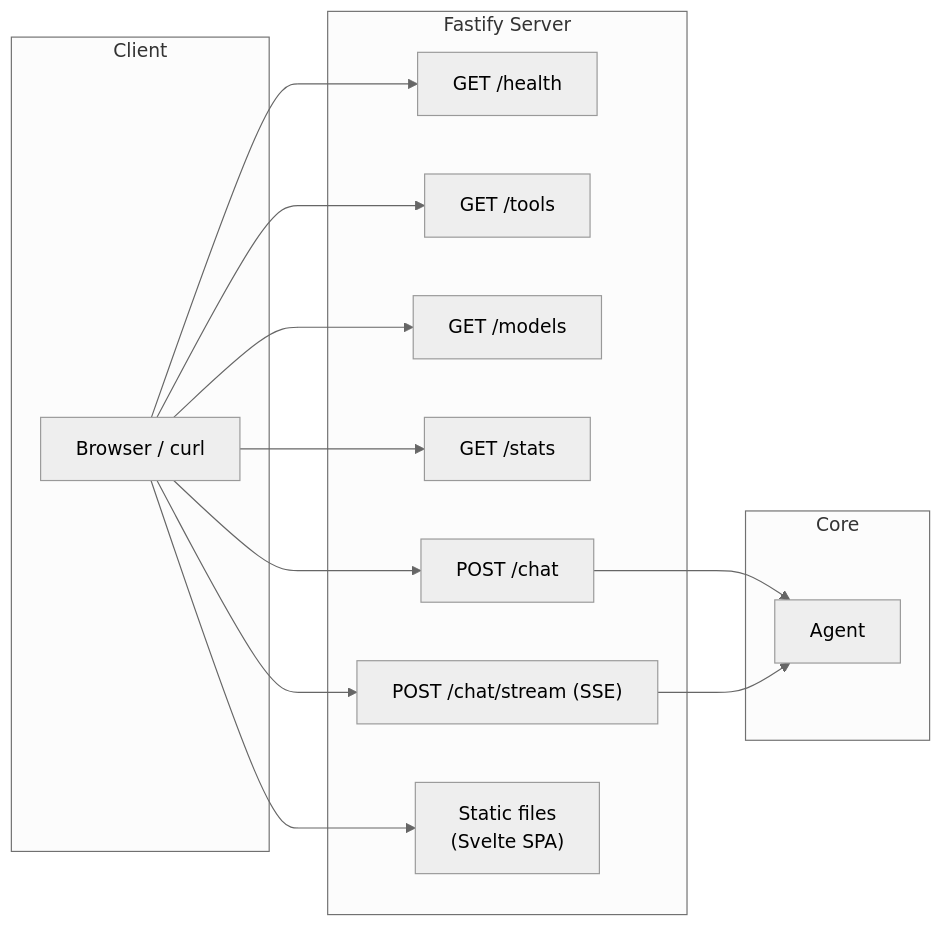
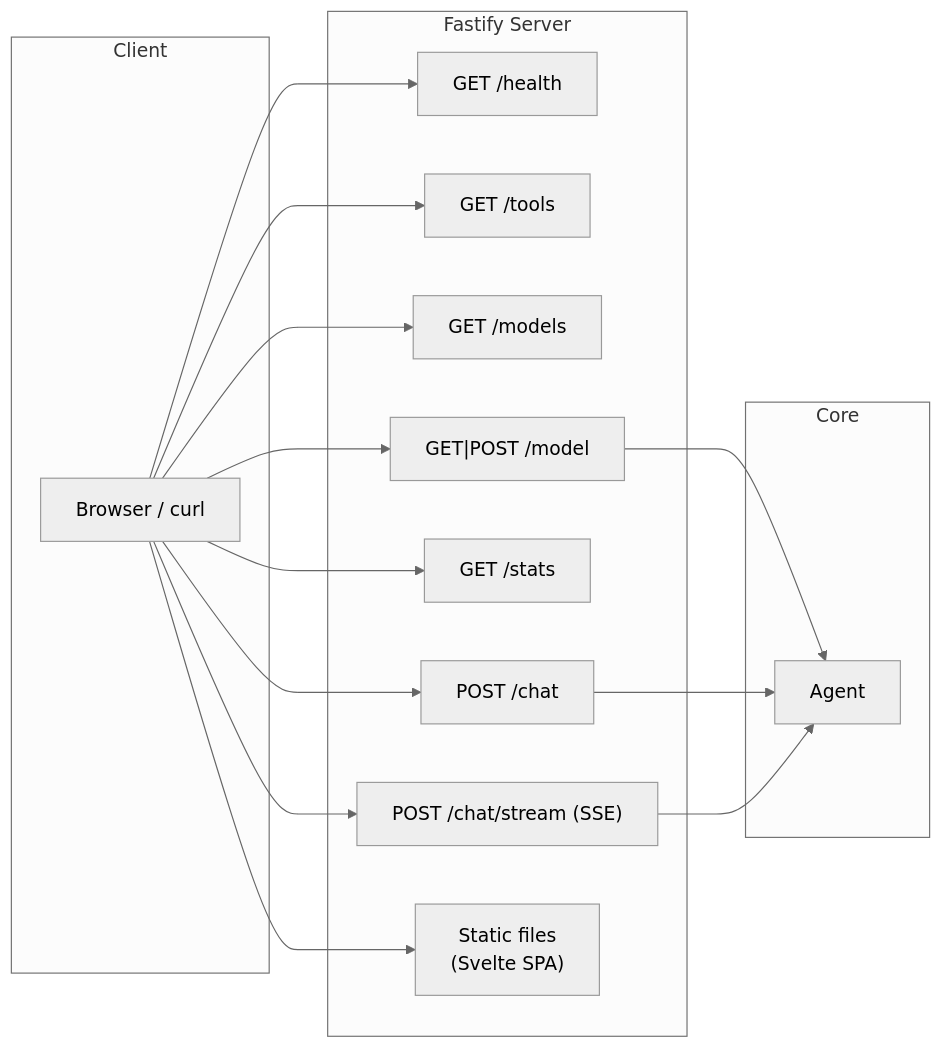
One commit to emdzej/microagent changed diagram 11 of 11 in docs/HOW_IT_WORKS.md. Above: the diagram before and after it, drawn with Mermaid (neutral theme). The commit also changed other lines of this file and 12 other files, not shown here.

````diff
--- a/docs/HOW_IT_WORKS.md
+++ b/docs/HOW_IT_WORKS.md
@@ -558,28 +625,30 @@
 ```mermaid
 graph LR
     subgraph "Client"
         BROWSER["Browser / curl"]
     end
 
     subgraph "Fastify Server"
         HEALTH["GET /health"]
         TOOLS["GET /tools"]
         MODELS["GET /models"]
+        MODEL["GET|POST /model"]
         STATS["GET /stats"]
         CHAT["POST /chat"]
         STREAM["POST /chat/stream (SSE)"]
         STATIC["Static files\n(Svelte SPA)"]
     end
 
     subgraph "Core"
         AGENT["Agent"]
     end
 
     BROWSER --> HEALTH
     BROWSER --> TOOLS
     BROWSER --> MODELS
+    BROWSER --> MODEL --> AGENT
     BROWSER --> STATS
     BROWSER --> CHAT --> AGENT
     BROWSER --> STREAM --> AGENT
     BROWSER --> STATIC
 ```
````
